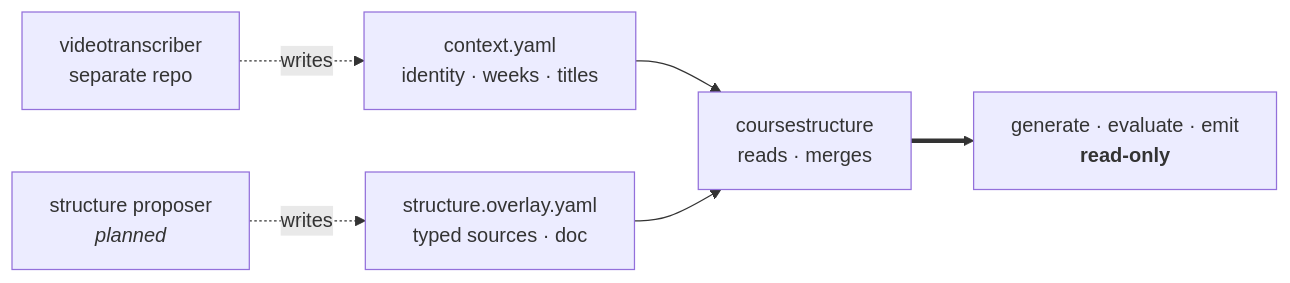
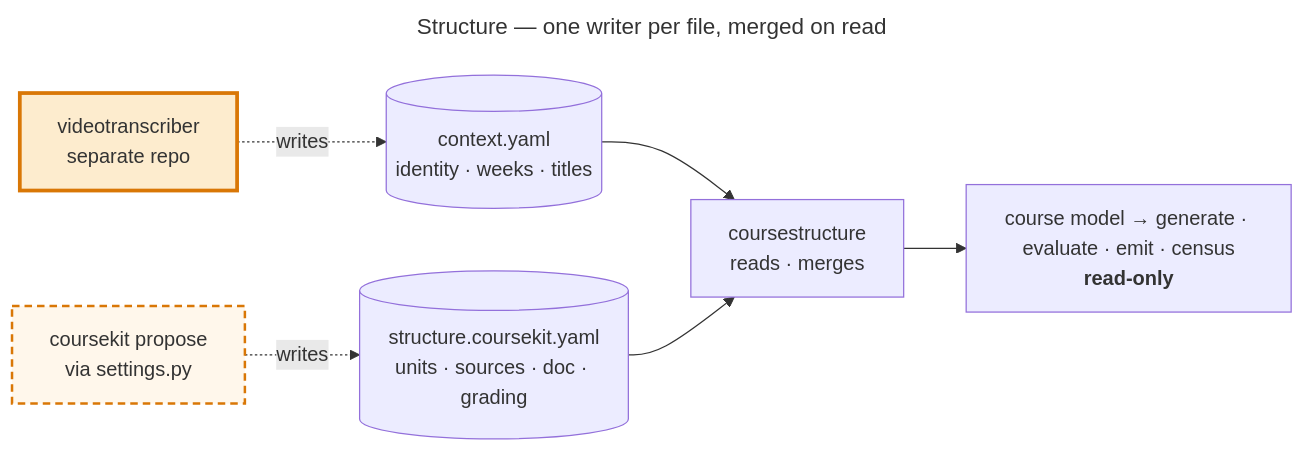
Before and after one commit to andrew-atkinson/courseKit: the fifth of 6 diagrams in agent/architecture.md, drawn with Mermaid. The commit also changed other lines of this file and 4 other files, not shown here.

Commit message:
docs: CORE-2 step 5 — architecture.md re-verified; diagrams render-checked, traced, titled, keyed, model-run parts marked, coursekit verbs bounded; presented page republished; agents.md refreshed; GIFT re-emit parked as SHIP-8; CORE-2 complete

````diff
--- a/agent/architecture.md
+++ b/agent/architecture.md
@@ -172,8 +312,16 @@
 ```mermaid
+---
+title: Structure — one writer per file, merged on read
+---
 flowchart LR
-    vt2["videotranscriber<br/>separate repo"] -. "writes" .-> ctx2["context.yaml<br/>identity · weeks · titles"]
-    prop["structure proposer<br/><i>planned</i>"] -. "writes" .-> ov["structure.overlay.yaml<br/>typed sources · doc"]
+    vt2["videotranscriber<br/>separate repo"] -. "writes" .-> ctx2[("context.yaml<br/>identity · weeks · titles")]
+    prop["coursekit propose<br/>via settings.py"] -. "writes" .-> ov[("structure.coursekit.yaml<br/>units · sources · doc · grading")]
     ctx2 --> reader["coursestructure<br/>reads · merges"]
     ov --> reader
-    reader ==> gen["generate · evaluate · emit<br/><b>read-only</b>"]
+    reader --> gen["course model → generate · evaluate · emit · census<br/><b>read-only</b>"]
+
+    classDef model fill:#f59e0b33,stroke:#d97706,stroke-width:3px
+    classDef maybe fill:#f59e0b14,stroke:#d97706,stroke-width:2px,stroke-dasharray:6 4
+    class vt2 model
+    class prop maybe
 ```
````
